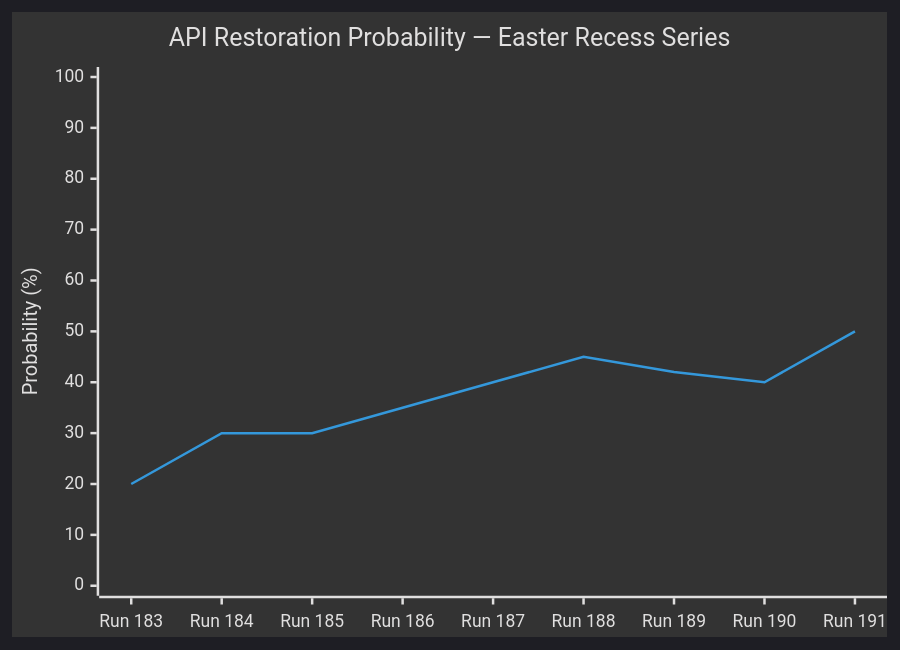
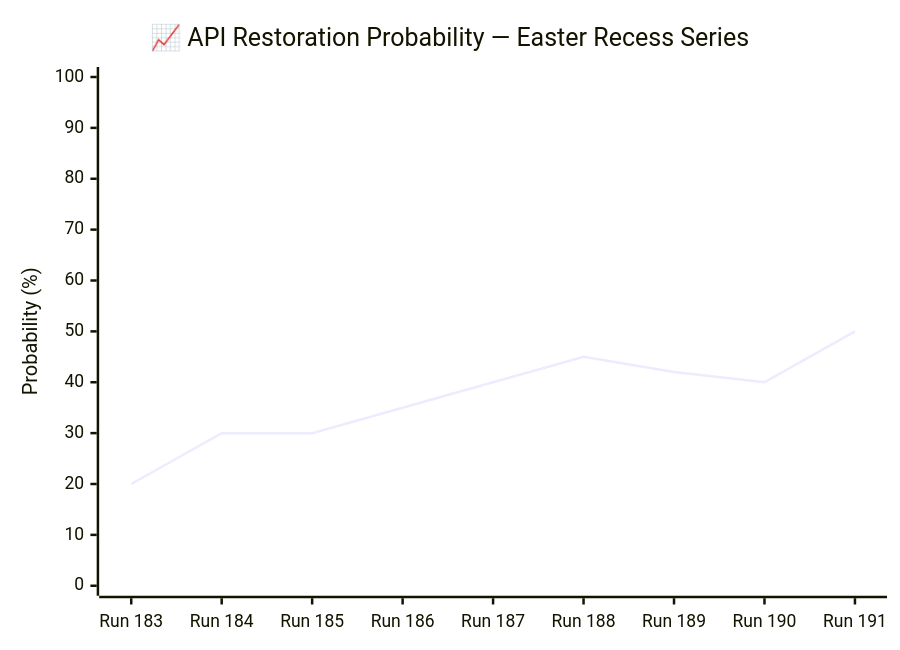
The diagram in analysis/daily/2026-04-20/breaking-run191/intelligence/cross-run-diff.md (Hack23/euparliamentmonitor), drawn with Mermaid before and after one commit. The commit also changed other lines of this file and 19 other files, not shown here.

````diff
--- a/analysis/daily/2026-04-20/breaking-run191/intelligence/cross-run-diff.md
+++ b/analysis/daily/2026-04-20/breaking-run191/intelligence/cross-run-diff.md
@@ -69,8 +69,8 @@
 ```mermaid
-%%{init: {"theme": "dark"}}%%
+%%{init: {"theme":"dark","themeVariables":{"primaryColor":"#1565C0","primaryTextColor":"#ffffff","primaryBorderColor":"#0A3F7F","lineColor":"#90CAF9","secondaryColor":"#2E7D32","tertiaryColor":"#FF9800","fontFamily":"Inter, Helvetica, Arial, sans-serif","xyChart":{"backgroundColor":"#1e1e1e","plotColorPalette":"#1565C0,#2E7D32,#FF9800,#D32F2F,#FFC107,#7B1FA2,#9E9E9E"}}}%%
 xychart-beta
-    title "API Restoration Probability — Easter Recess Series"
+    title "📈 API Restoration Probability — Easter Recess Series"
     x-axis ["Run 183", "Run 184", "Run 185", "Run 186", "Run 187", "Run 188", "Run 189", "Run 190", "Run 191"]
     y-axis "Probability (%)" 0 --> 100
     line [20, 30, 30, 35, 40, 45, 42, 40, 50]
 ```
````
